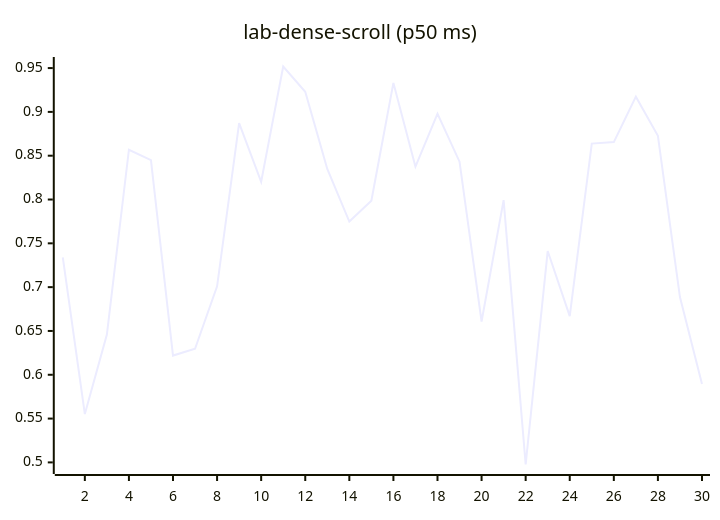
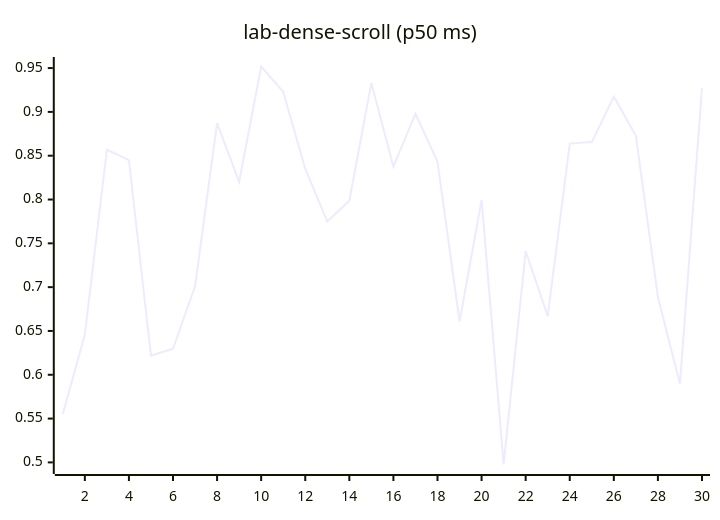
Before and after one commit to josha/Facet: diagram 12 of 27 in README.md, drawn with Mermaid. The commit also changed other lines of this file and 2 other files, not shown here.

````diff
--- a/README.md
+++ b/README.md
@@ -140,6 +140,6 @@
 ```mermaid
 xychart-beta
     title "lab-dense-scroll (p50 ms)"
     x-axis 1 --> 30
-    line [0.7339, 0.5552, 0.6458, 0.8568, 0.8450, 0.6219, 0.6297, 0.7010, 0.8871, 0.8203, 0.9518, 0.9230, 0.8349, 0.7748, 0.7987, 0.9331, 0.8374, 0.8979, 0.8432, 0.6608, 0.7993, 0.4976, 0.7412, 0.6669, 0.8638, 0.8655, 0.9174, 0.8727, 0.6887, 0.5895]
+    line [0.5552, 0.6458, 0.8568, 0.8450, 0.6219, 0.6297, 0.7010, 0.8871, 0.8203, 0.9518, 0.9230, 0.8349, 0.7748, 0.7987, 0.9331, 0.8374, 0.8979, 0.8432, 0.6608, 0.7993, 0.4976, 0.7412, 0.6669, 0.8638, 0.8655, 0.9174, 0.8727, 0.6887, 0.5895, 0.9275]
 ```
````
